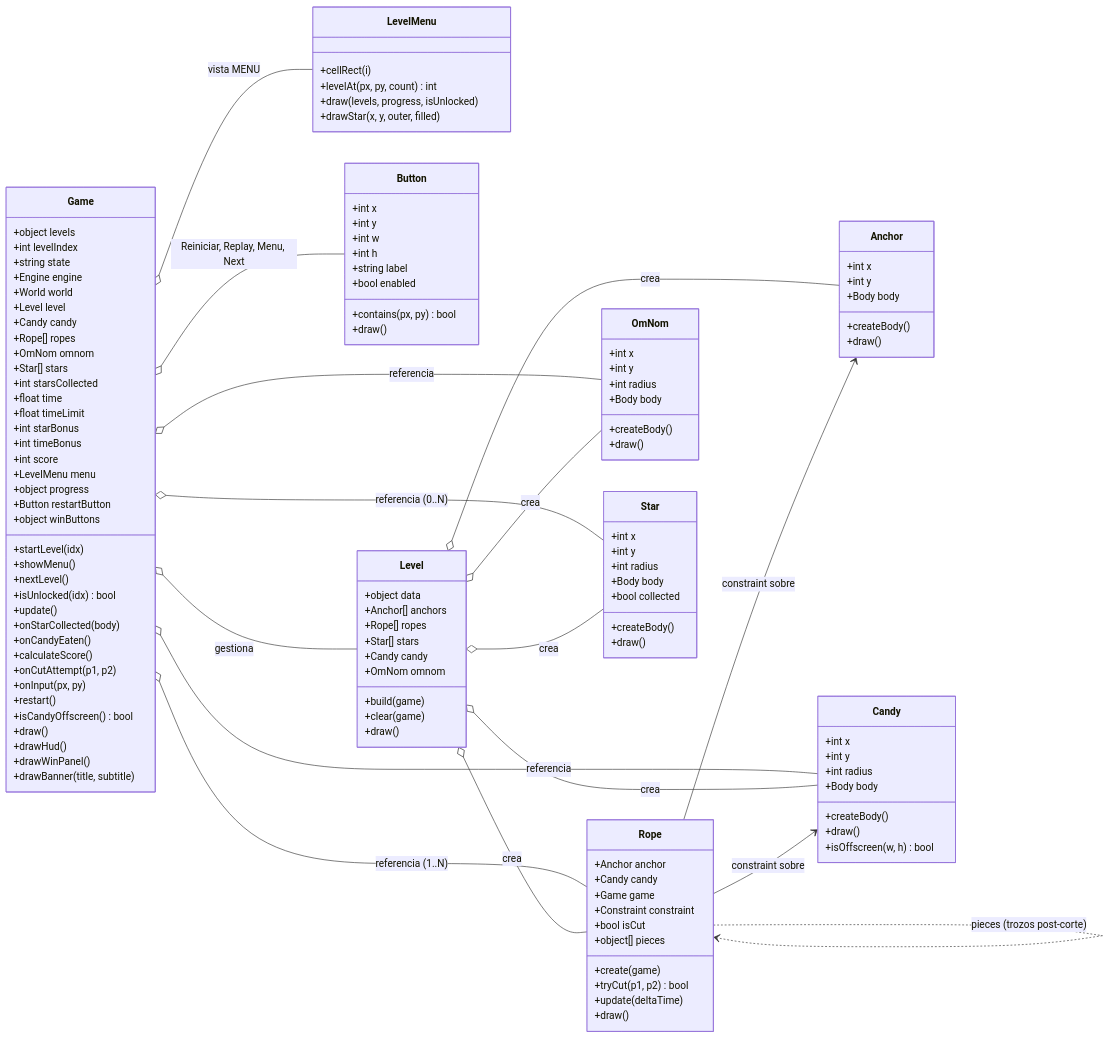
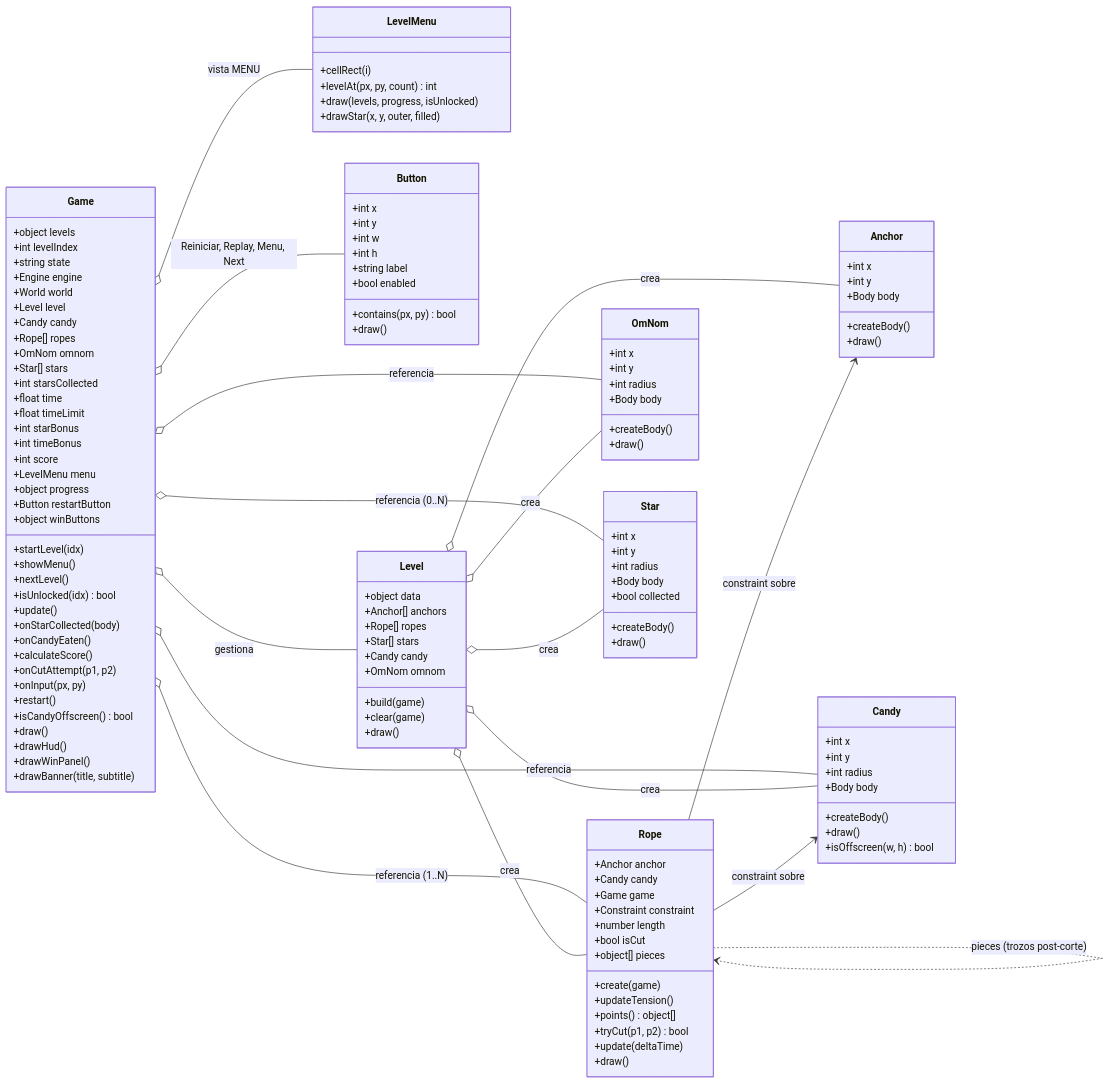
The third of 5 diagrams in docs/arquitectura-mvp.md (ShryhakAkizuki/Cut_The_Rope-Visual_Computing_2026-II), drawn with Mermaid before and after one commit. The commit also changed other lines of this file and 3 other files, not shown here.

```diff
--- a/docs/arquitectura-mvp.md
+++ b/docs/arquitectura-mvp.md
@@ -238,9 +238,12 @@
         +Candy candy
         +Game game
         +Constraint constraint
+        +number length
         +bool isCut
         +object[] pieces
         +create(game)
+        +updateTension()
+        +points() object[]
         +tryCut(p1, p2) bool
         +update(deltaTime)
         +draw()
```
